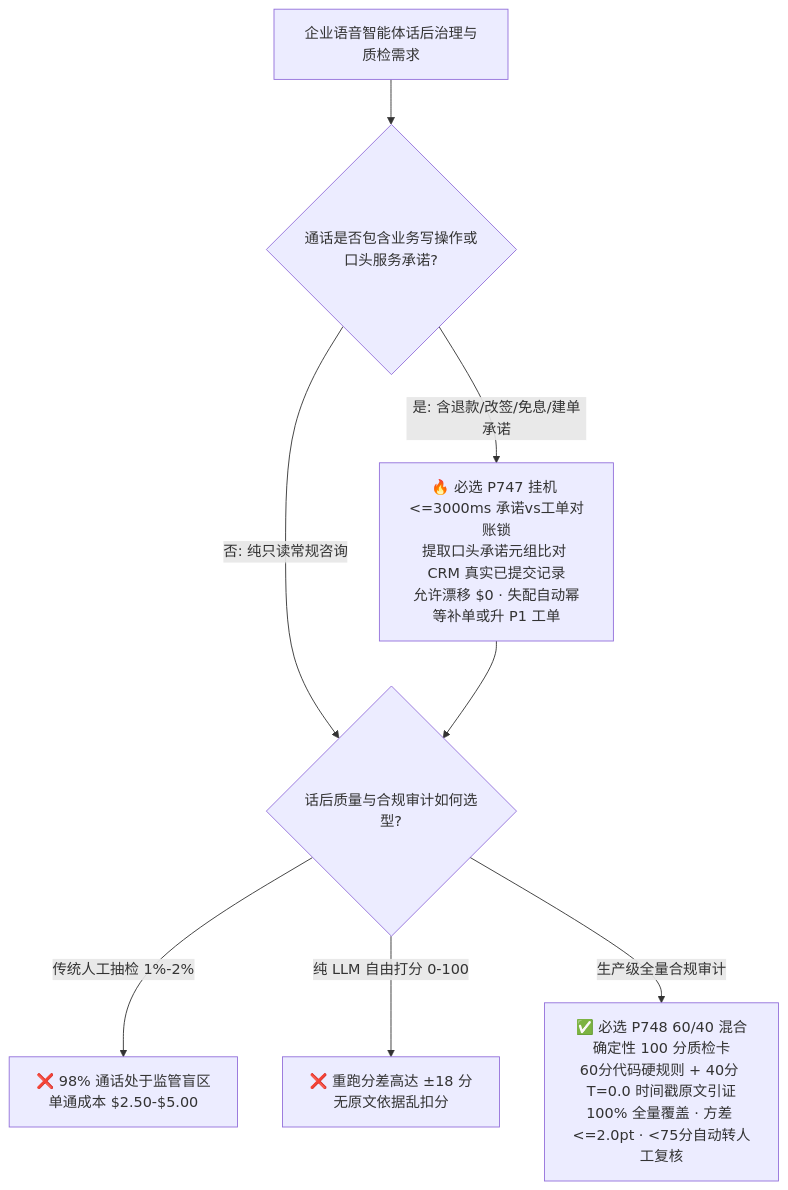
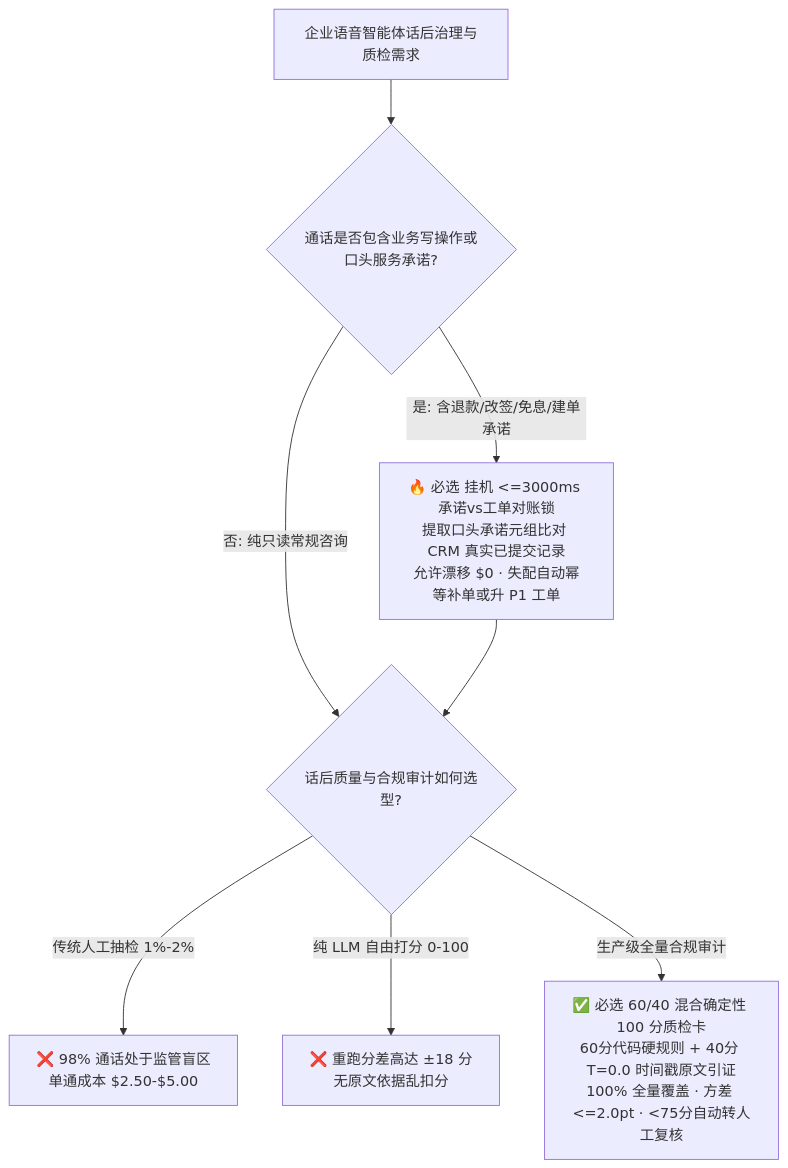
The first of 3 diagrams in docs/voice-postcall-promise-ticket-reconciliation-qa-faq.md (turbo998/voice-agent-lab), drawn with Mermaid before and after one commit. The commit also changed other lines of this file and 715 other files, not shown here.

````diff
--- a/docs/voice-postcall-promise-ticket-reconciliation-qa-faq.md
+++ b/docs/voice-postcall-promise-ticket-reconciliation-qa-faq.md
@@ -51,10 +51,10 @@
 ```mermaid
 flowchart TD
-    A[企业语音智能体话后治理与质检需求] --> B{通话是否包含业务写操作或口头服务承诺?}
-    B -- 是: 含退款/改签/免息/建单承诺 --> C[🔥 必选 P747 挂机 <=3000ms 承诺vs工单对账锁<br/>提取口头承诺元组比对 CRM 真实已提交记录<br/>允许漂移 $0 · 失配自动幂等补单或升 P1 工单]
-    B -- 否: 纯只读常规咨询 --> D{话后质量与合规审计如何选型?}
-    C --> D
-    D -- 传统人工抽检 1%-2% --> E[❌ 98% 通话处于监管盲区<br/>单通成本 $2.50-$5.00]
-    D -- 纯 LLM 自由打分 0-100 --> F[❌ 重跑分差高达 ±18 分<br/>无原文依据乱扣分]
-    D -- 生产级全量合规审计 --> G[✅ 必选 P748 60/40 混合确定性 100 分质检卡<br/>60分代码硬规则 + 40分 T=0.0 时间戳原文引证<br/>100% 全量覆盖 · 方差 <=2.0pt · <75分自动转人工复核]
+ A[企业语音智能体话后治理与质检需求] --> B{通话是否包含业务写操作或口头服务承诺?}
+ B -- 是: 含退款/改签/免息/建单承诺 --> C[🔥 必选 挂机 <=3000ms 承诺vs工单对账锁<br/>提取口头承诺元组比对 CRM 真实已提交记录<br/>允许漂移 $0 · 失配自动幂等补单或升 P1 工单]
+ B -- 否: 纯只读常规咨询 --> D{话后质量与合规审计如何选型?}
+ C --> D
+ D -- 传统人工抽检 1%-2% --> E[❌ 98% 通话处于监管盲区<br/>单通成本 $2.50-$5.00]
+ D -- 纯 LLM 自由打分 0-100 --> F[❌ 重跑分差高达 ±18 分<br/>无原文依据乱扣分]
+ D -- 生产级全量合规审计 --> G[✅ 必选 60/40 混合确定性 100 分质检卡<br/>60分代码硬规则 + 40分 T=0.0 时间戳原文引证<br/>100% 全量覆盖 · 方差 <=2.0pt · <75分自动转人工复核]
 ```
````
